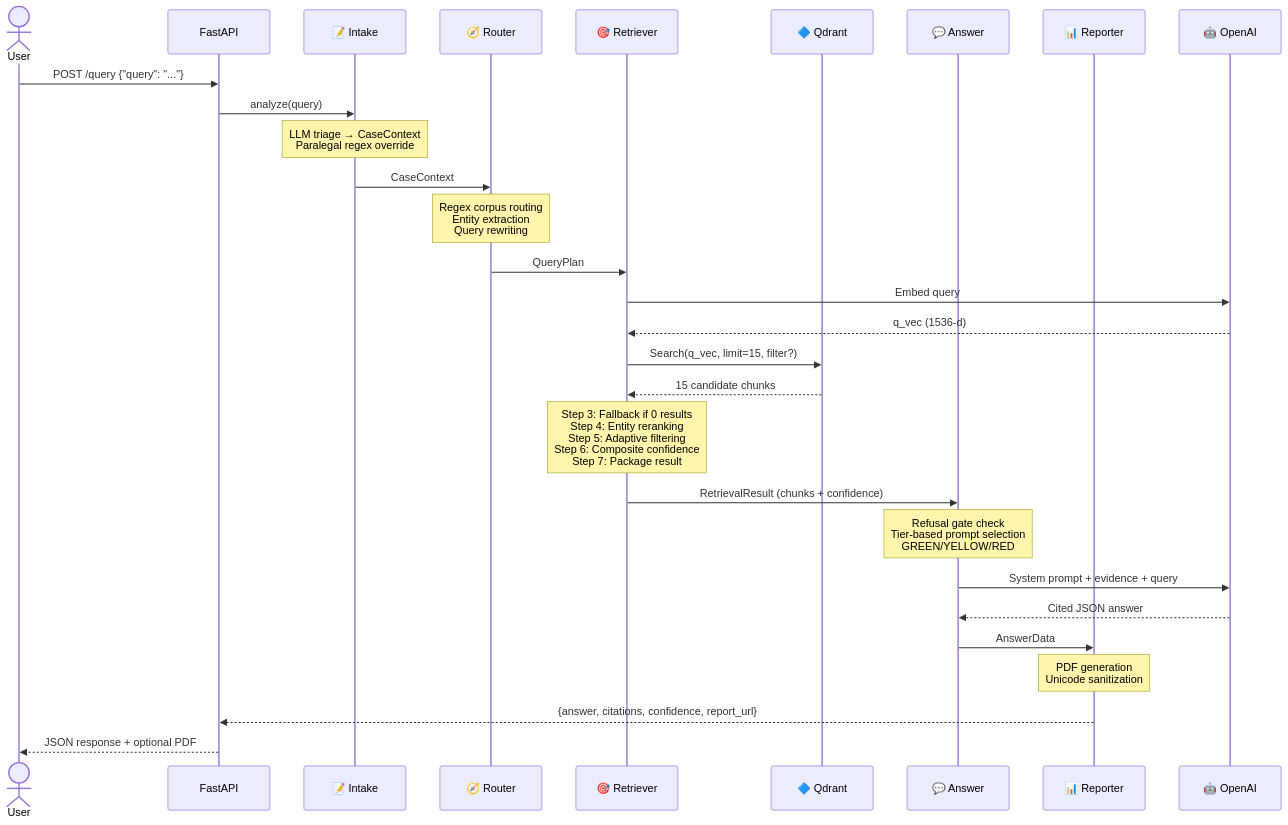
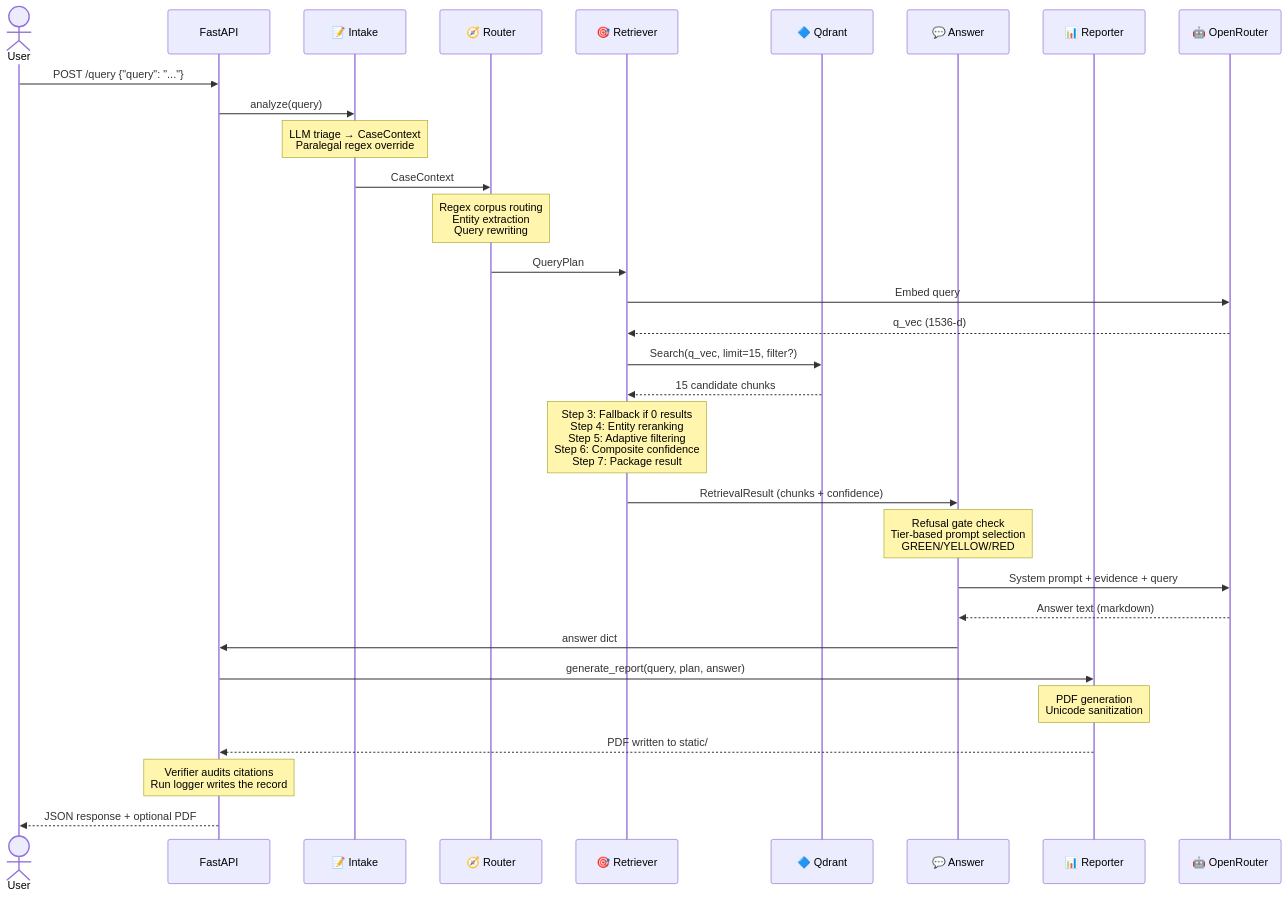
Before and after one commit to uditauniyal/legal-mvp: the ninth of 9 diagrams in README.md, drawn with Mermaid. The commit also changed other lines of this file and 10 other files, not shown here.

````diff
--- a/README.md
+++ b/README.md
@@ -536,43 +798,44 @@
 ```mermaid
 sequenceDiagram
     actor User
     participant API as FastAPI
     participant Intake as 📝 Intake
     participant Router as 🧭 Router
     participant Retriever as 🎯 Retriever
     participant QD as 🔷 Qdrant
     participant Answer as 💬 Answer
     participant Reporter as 📊 Reporter
-    participant OAI as 🤖 OpenAI
+    participant OAI as 🤖 OpenRouter
 
     User->>API: POST /query {"query": "..."}
 
     API->>Intake: analyze(query)
     Note over Intake: LLM triage → CaseContext<br/>Paralegal regex override
 
     Intake->>Router: CaseContext
     Note over Router: Regex corpus routing<br/>Entity extraction<br/>Query rewriting
 
     Router->>Retriever: QueryPlan
 
     Retriever->>OAI: Embed query
     OAI-->>Retriever: q_vec (1536-d)
 
     Retriever->>QD: Search(q_vec, limit=15, filter?)
     QD-->>Retriever: 15 candidate chunks
 
     Note over Retriever: Step 3: Fallback if 0 results<br/>Step 4: Entity reranking<br/>Step 5: Adaptive filtering<br/>Step 6: Composite confidence<br/>Step 7: Package result
 
     Retriever->>Answer: RetrievalResult (chunks + confidence)
 
     Note over Answer: Refusal gate check<br/>Tier-based prompt selection<br/>GREEN/YELLOW/RED
 
     Answer->>OAI: System prompt + evidence + query
-    OAI-->>Answer: Cited JSON answer
+    OAI-->>Answer: Answer text (markdown)
 
-    Answer->>Reporter: AnswerData
+    Answer->>API: answer dict
+    API->>Reporter: generate_report(query, plan, answer)
     Note over Reporter: PDF generation<br/>Unicode sanitization
-
-    Reporter-->>API: {answer, citations, confidence, report_url}
+    Reporter-->>API: PDF written to static/
+    Note over API: Verifier audits citations<br/>Run logger writes the record
     API-->>User: JSON response + optional PDF
 ```
````
